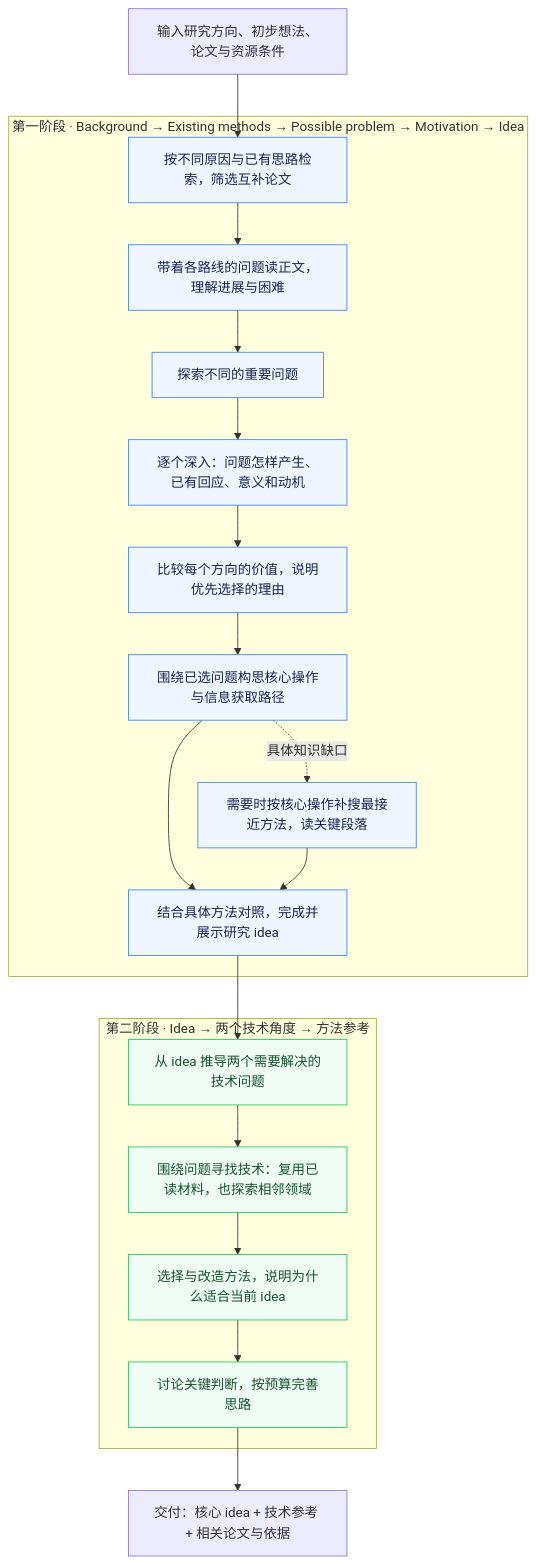
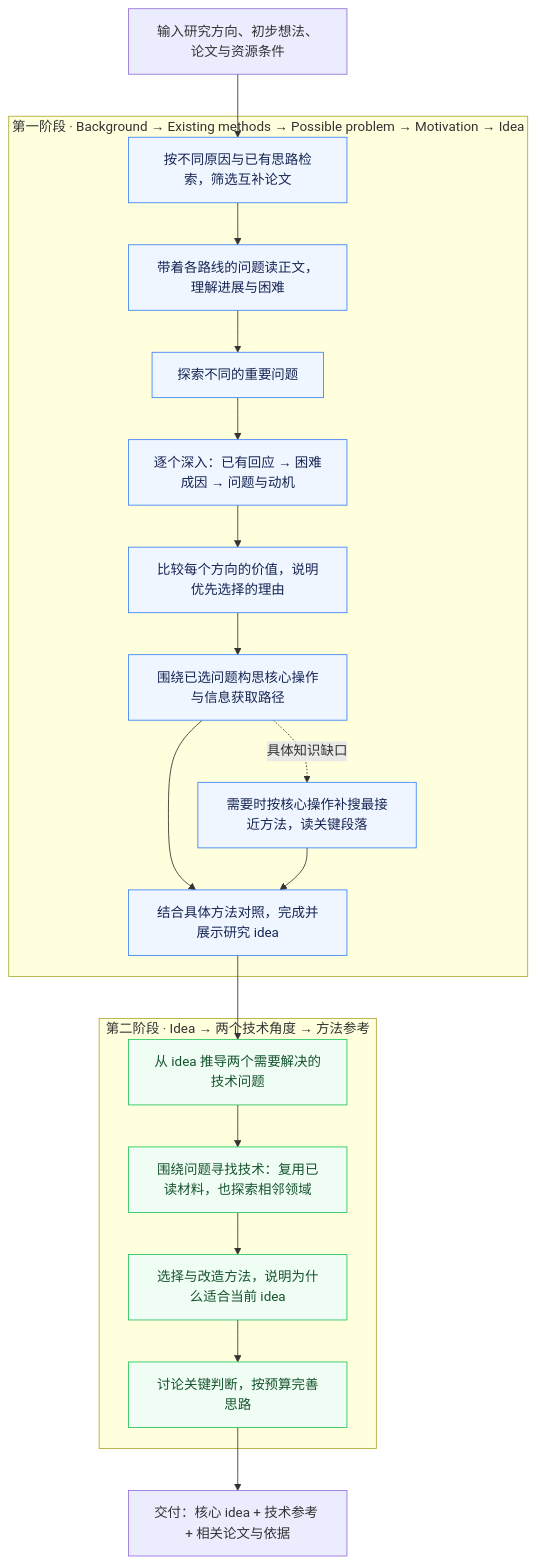
The diagram in README.md (ghh1125/Research-idea), drawn with Mermaid before and after one commit. The commit also changed other lines of this file and 13 other files, not shown here.

````diff
--- a/README.md
+++ b/README.md
@@ -39,33 +39,33 @@
 ```mermaid
 flowchart TD
     U["输入研究方向、初步想法、论文与资源条件"]
     subgraph S1["第一阶段 · Background → Existing methods → Possible problem → Motivation → Idea"]
         A["按不同原因与已有思路检索，筛选互补论文"]
         B["带着各路线的问题读正文，理解进展与困难"]
         C["探索不同的重要问题"]
-        C1["逐个深入：问题怎样产生、已有回应、意义和动机"]
+        C1["逐个深入：已有回应 → 困难成因 → 问题与动机"]
         C2["比较每个方向的价值，说明优先选择的理由"]
         D["围绕已选问题构思核心操作与信息获取路径"]
         N["需要时按核心操作补搜最接近方法，读关键段落"]
         A --> B --> C --> C1 --> C2 --> D
         D -.具体知识缺口.-> N
         I["结合具体方法对照，完成并展示研究 idea"]
         D --> I
         N --> I
     end
     subgraph S2["第二阶段 · Idea → 两个技术角度 → 方法参考"]
         E["从 idea 推导两个需要解决的技术问题"]
         F["围绕问题寻找技术：复用已读材料，也探索相邻领域"]
         G["选择与改造方法，说明为什么适合当前 idea"]
         H["讨论关键判断，按预算完善思路"]
         E --> F --> G --> H
     end
     O["交付：核心 idea + 技术参考 + 相关论文与依据"]
     U --> A
     I --> E
     H --> O
     classDef concept fill:#eff6ff,stroke:#3b82f6,color:#172554
     classDef design fill:#f0fdf4,stroke:#22c55e,color:#14532d
     class A,B,C,C1,C2,D,N,I concept
     class E,F,G,H design
 ```
````
